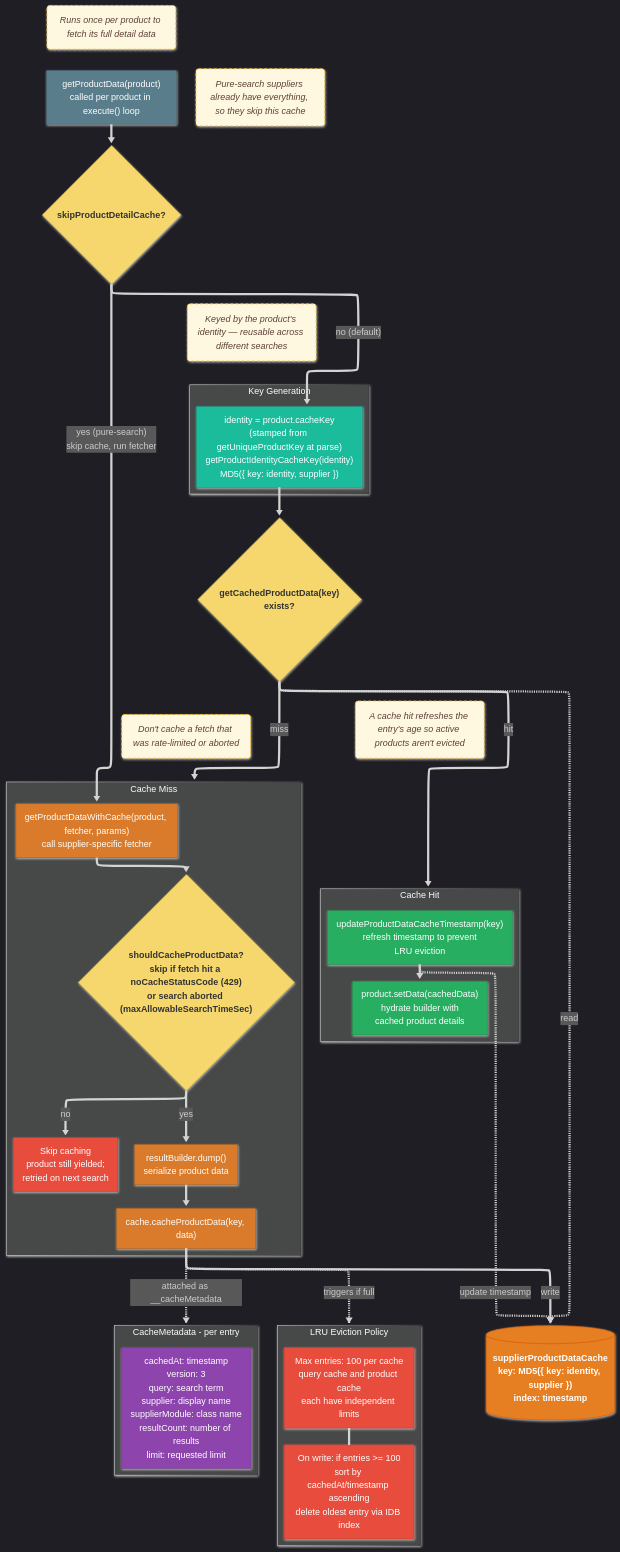
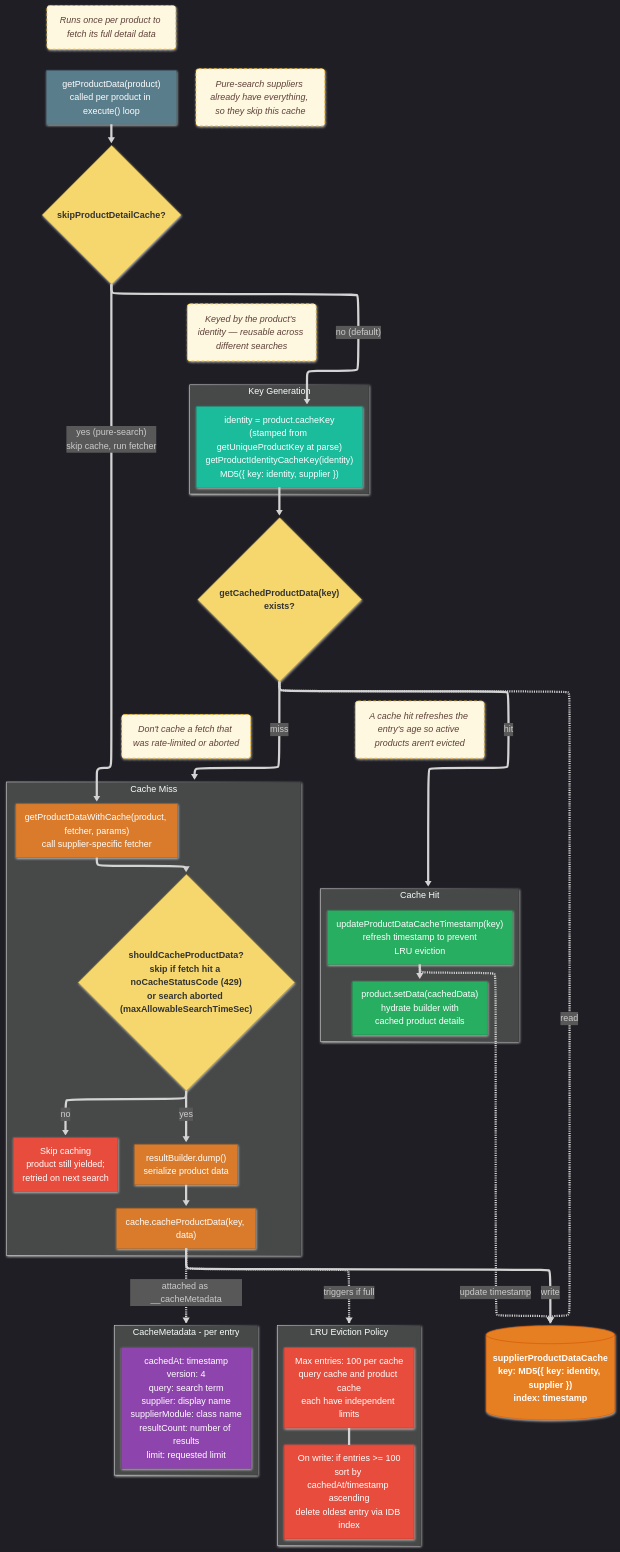
One commit to jhyland87/chem-pal changed the third of 5 diagrams in pages/diagrams/search-cache-flow.md. Above: the diagram before and after it, drawn with Mermaid. The commit also changed other lines of this file and 6 other files, not shown here.

```diff
--- a/pages/diagrams/search-cache-flow.md
+++ b/pages/diagrams/search-cache-flow.md
@@ -254,7 +253,7 @@
 
 subgraph Metadata["CacheMetadata - per entry"]
 direction LR
-META["cachedAt: timestamp\nversion: 3\nquery: search term\nsupplier: display name\nsupplierModule: class name\nresultCount: number of results\nlimit: requested limit"]
+META["cachedAt: timestamp\nversion: 4\nquery: search term\nsupplier: display name\nsupplierModule: class name\nresultCount: number of results\nlimit: requested limit"]
 end
 SAVE2 -.->|"attached as __cacheMetadata"| Metadata
 
```
